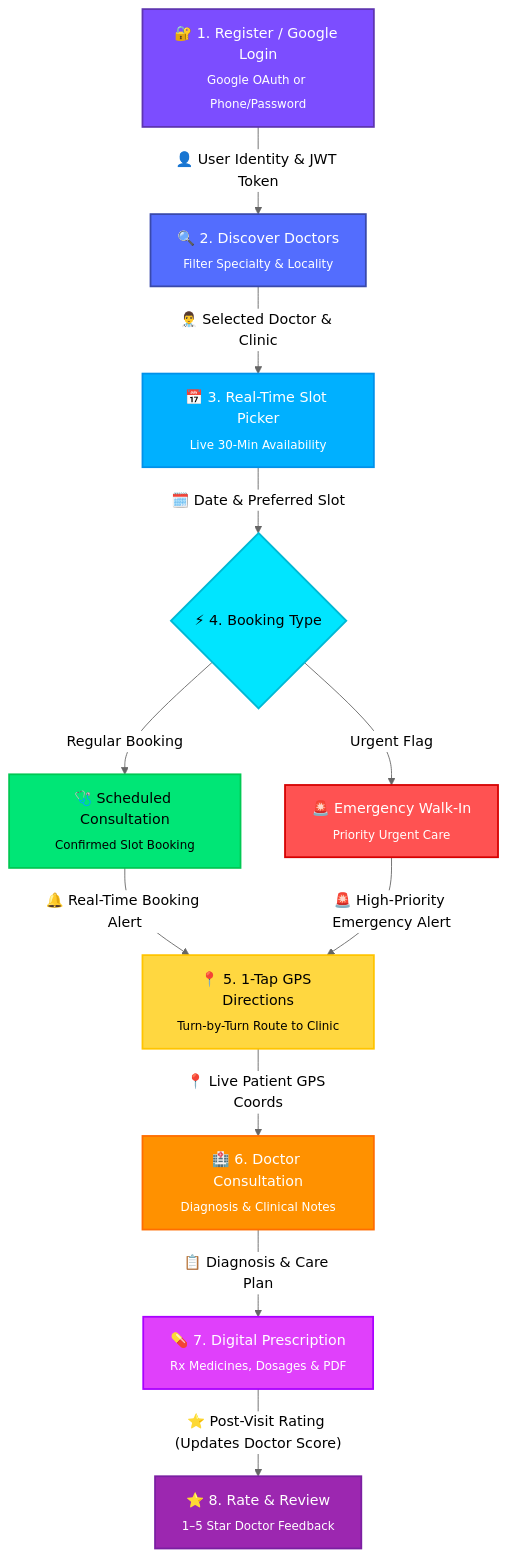
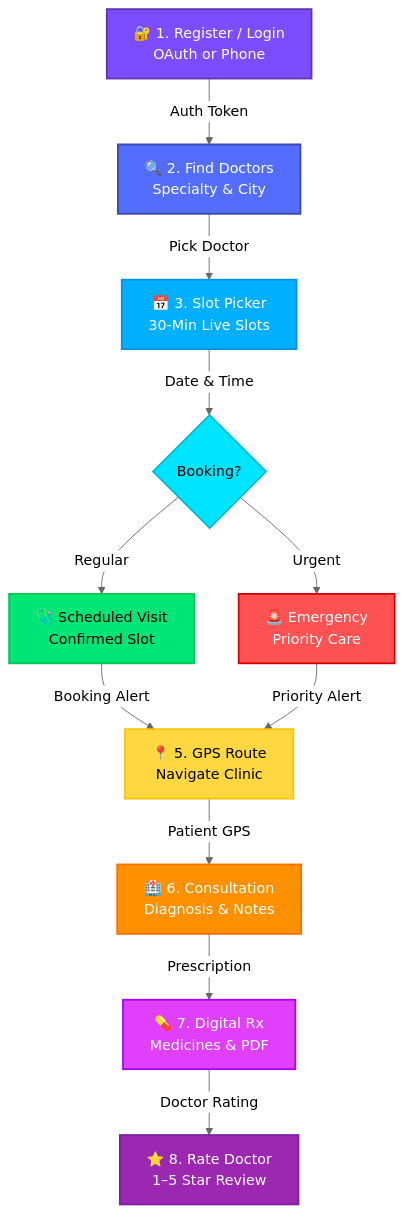
Before and after one commit to manikant1446/MedZoo: the first of 6 diagrams in README.md, drawn with Mermaid (neutral theme). The commit also changed other lines of this file, not shown here.

````diff
--- a/README.md
+++ b/README.md
@@ -113,35 +113,35 @@
 ```mermaid
 flowchart TD
-    A["🔐 1. Register / Google Login<br/><sub>Google OAuth or Phone/Password</sub>"]
-    B["🔍 2. Discover Doctors<br/><sub>Filter Specialty & Locality</sub>"]
-    C["📅 3. Real-Time Slot Picker<br/><sub>Live 30-Min Availability</sub>"]
-    D{"⚡ 4. Booking Type"}
-    D1["🩺 Scheduled Consultation<br/><sub>Confirmed Slot Booking</sub>"]
-    D2["🚨 Emergency Walk-In<br/><sub>Priority Urgent Care</sub>"]
-    E["📍 5. 1-Tap GPS Directions<br/><sub>Turn-by-Turn Route to Clinic</sub>"]
-    F["🏥 6. Doctor Consultation<br/><sub>Diagnosis & Clinical Notes</sub>"]
-    G["💊 7. Digital Prescription<br/><sub>Rx Medicines, Dosages & PDF</sub>"]
-    H["⭐ 8. Rate & Review<br/><sub>1–5 Star Doctor Feedback</sub>"]
+    A["🔐 1. Register / Login<br/>OAuth or Phone"]
+    B["🔍 2. Find Doctors<br/>Specialty & City"]
+    C["📅 3. Slot Picker<br/>30-Min Live Slots"]
+    D{"Booking?"}
+    D1["🩺 Scheduled Visit<br/>Confirmed Slot"]
+    D2["🚨 Emergency<br/>Priority Care"]
+    E["📍 5. GPS Route<br/>Navigate Clinic"]
+    F["🏥 6. Consultation<br/>Diagnosis & Notes"]
+    G["💊 7. Digital Rx<br/>Medicines & PDF"]
+    H["⭐ 8. Rate Doctor<br/>1–5 Star Review"]
 
-    A -->|"👤 User Identity & JWT Token"| B
-    B -->|"👨‍⚕️ Selected Doctor & Clinic"| C
-    C -->|"🗓️ Date & Preferred Slot"| D
-    D -->|"Regular Booking"| D1
-    D -->|"Urgent Flag"| D2
-    D1 -->|"🔔 Real-Time Booking Alert"| E
-    D2 -->|"🚨 High-Priority Emergency Alert"| E
-    E -->|"📍 Live Patient GPS Coords"| F
-    F -->|"📋 Diagnosis & Care Plan"| G
-    G -->|"⭐ Post-Visit Rating (Updates Doctor Score)"| H
+    A -->|"Auth Token"| B
+    B -->|"Pick Doctor"| C
+    C -->|"Date & Time"| D
+    D -->|"Regular"| D1
+    D -->|"Urgent"| D2
+    D1 -->|"Booking Alert"| E
+    D2 -->|"Priority Alert"| E
+    E -->|"Patient GPS"| F
+    F -->|"Prescription"| G
+    G -->|"Doctor Rating"| H
 
     style A fill:#7C4DFF,color:#fff,stroke:#5E35B1,stroke-width:2px
     style B fill:#536DFE,color:#fff,stroke:#3949AB,stroke-width:2px
     style C fill:#00B0FF,color:#fff,stroke:#0091EA,stroke-width:2px
     style D fill:#00E5FF,color:#000,stroke:#00B8D4,stroke-width:2px
     style D1 fill:#00E676,color:#000,stroke:#00C853,stroke-width:2px
     style D2 fill:#FF5252,color:#fff,stroke:#D50000,stroke-width:2px
     style E fill:#FFD740,color:#000,stroke:#FFC400,stroke-width:2px
     style F fill:#FF9100,color:#fff,stroke:#FF6D00,stroke-width:2px
     style G fill:#E040FB,color:#fff,stroke:#AA00FF,stroke-width:2px
     style H fill:#9C27B0,color:#fff,stroke:#7B1FA2,stroke-width:2px
 ```
````
